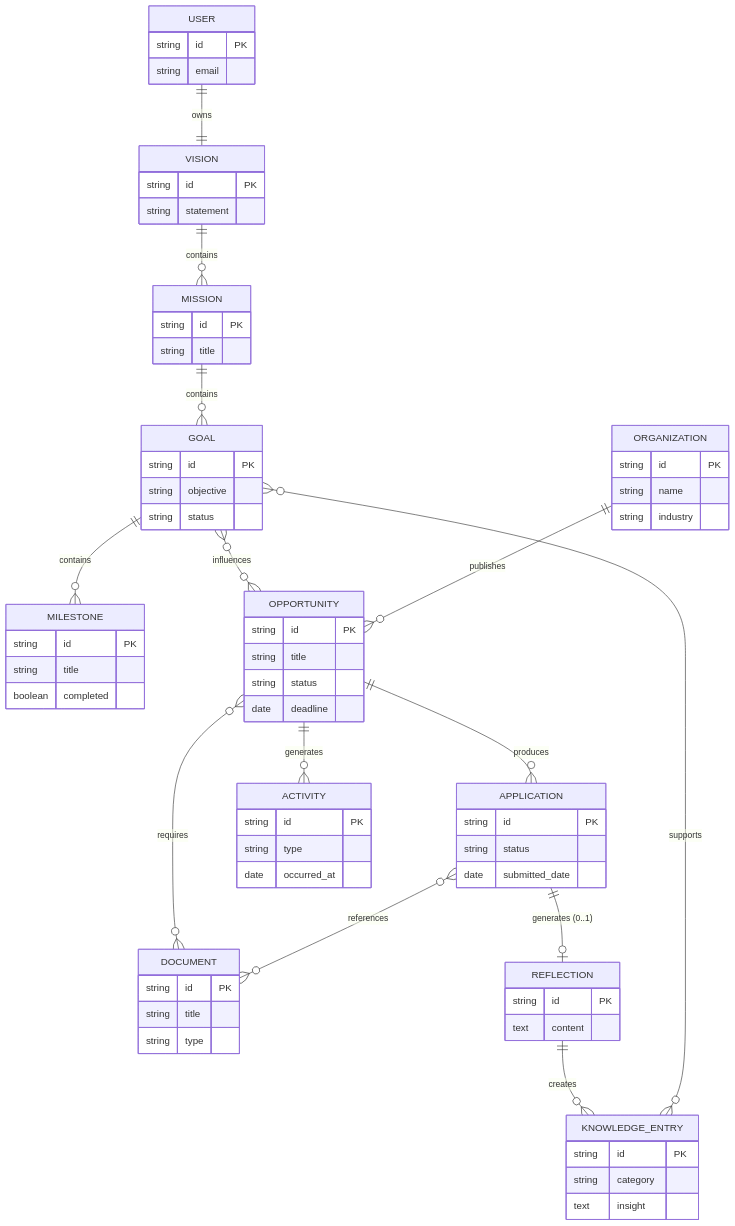
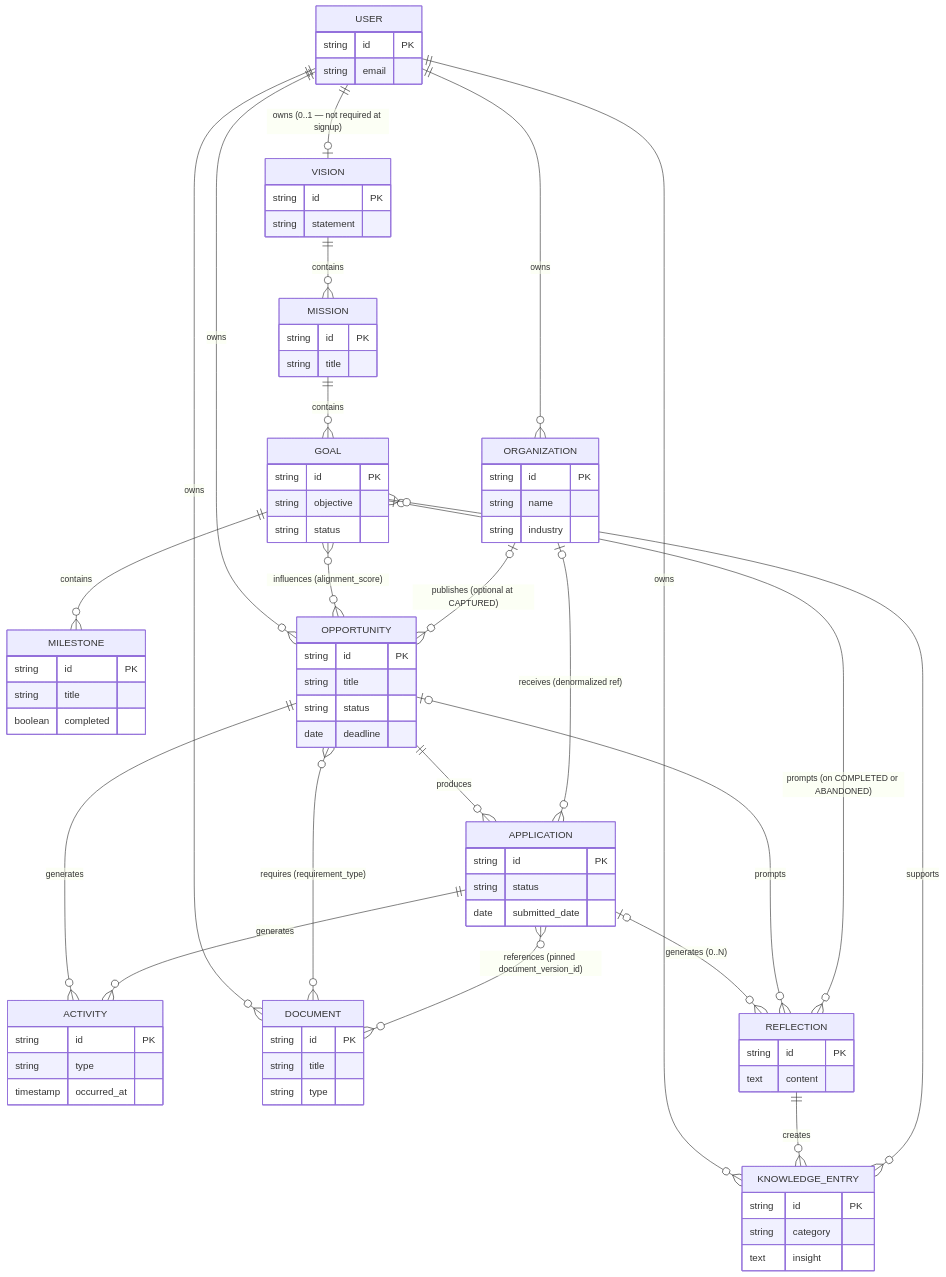
One commit to mostafammy/career-os changed the diagram in docs/03-domain/erd.md. Above: the diagram before and after it, drawn with Mermaid. The commit also changed other lines of this file, not shown here.

Commit message:
docs: update ERD

````diff
--- a/docs/03-domain/erd.md
+++ b/docs/03-domain/erd.md
@@ -23,12 +56,12 @@
 ```mermaid
 erDiagram
-    %% Core Identity
+    %% ================= Core Identity =================
     USER {
         string id PK
         string email
     }
 
-    %% Strategy Context (Vision, Goals)
+    %% ================= Strategy Context =================
     VISION {
         string id PK
         string statement
@@ -48,7 +81,7 @@
         boolean completed
     }
 
-    %% Opportunity Context (Inbox, Apps)
+    %% ================= Opportunity Context =================
     ORGANIZATION {
         string id PK
         string name
@@ -68,10 +101,10 @@
     ACTIVITY {
         string id PK
         string type
-        date occurred_at
+        timestamp occurred_at
     }
 
-    %% Knowledge Context (Reflections, AI)
+    %% ================= Knowledge Context =================
     DOCUMENT {
         string id PK
         string title
@@ -87,27 +120,45 @@
         text insight
     }
 
-    %% Relationships based on Cardinality Matrix
-    USER ||--|| VISION : "owns"
+    %% ========== Ownership edges (tenancy boundary) ==========
+    USER ||--o| VISION : "owns (0..1 — not required at signup)"
+    USER ||--o{ OPPORTUNITY : "owns"
+    USER ||--o{ ORGANIZATION : "owns"
+    USER ||--o{ DOCUMENT : "owns"
+    USER ||--o{ KNOWLEDGE_ENTRY : "owns"
+
+    %% ========== Strategy spine ==========
     VISION ||--o{ MISSION : "contains"
     MISSION ||--o{ GOAL : "contains"
     GOAL ||--o{ MILESTONE : "contains"
-    
-    %% N:N relationship between Goal and Opportunity
-    GOAL }o--o{ OPPORTUNITY : "influences"
-    
-    ORGANIZATION ||--o{ OPPORTUNITY : "publishes"
+
+    %% N:N — link carries alignment_score (feeds Opportunity Score)
+    GOAL }o--o{ OPPORTUNITY : "influences (alignment_score)"
+
+    %% ========== Opportunity pipeline ==========
+    %% Org is optional at CAPTURED; resolved during EVALUATING
+    ORGANIZATION |o--o{ OPPORTUNITY : "publishes (optional at CAPTURED)"
     OPPORTUNITY ||--o{ APPLICATION : "produces"
-    
-    %% N:N relationship between Opportunity/Application and Document
-    OPPORTUNITY }o--o{ DOCUMENT : "requires"
-    APPLICATION }o--o{ DOCUMENT : "references"
-    
+
+    %% Denormalized ref for per-org analytics; survives Opportunity archival
+    ORGANIZATION |o--o{ APPLICATION : "receives (denormalized ref)"
+
+    %% N:N — links carry payload; see Link Payload table
+    OPPORTUNITY }o--o{ DOCUMENT : "requires (requirement_type)"
+    APPLICATION }o--o{ DOCUMENT : "references (pinned document_version_id)"
+
+    %% ========== Activity (immutable audit log, INV-004) ==========
     OPPORTUNITY ||--o{ ACTIVITY : "generates"
-    APPLICATION ||--o| REFLECTION : "generates (0..1)"
-    
+    APPLICATION ||--o{ ACTIVITY : "generates"
+
+    %% ========== Reflection & Knowledge compounding ==========
+    %% 0..N per Application — one per interview round / terminal event
+    APPLICATION |o--o{ REFLECTION : "generates (0..N)"
+    OPPORTUNITY |o--o{ REFLECTION : "prompts"
+    GOAL |o--o{ REFLECTION : "prompts (on COMPLETED or ABANDONED)"
+
     REFLECTION ||--o{ KNOWLEDGE_ENTRY : "creates"
-    
-    %% N:N relationship between Knowledge and Goal
+
+    %% N:N — link carries provenance note
     KNOWLEDGE_ENTRY }o--o{ GOAL : "supports"
 ```
````
